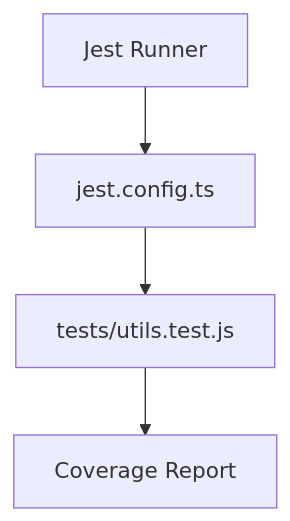
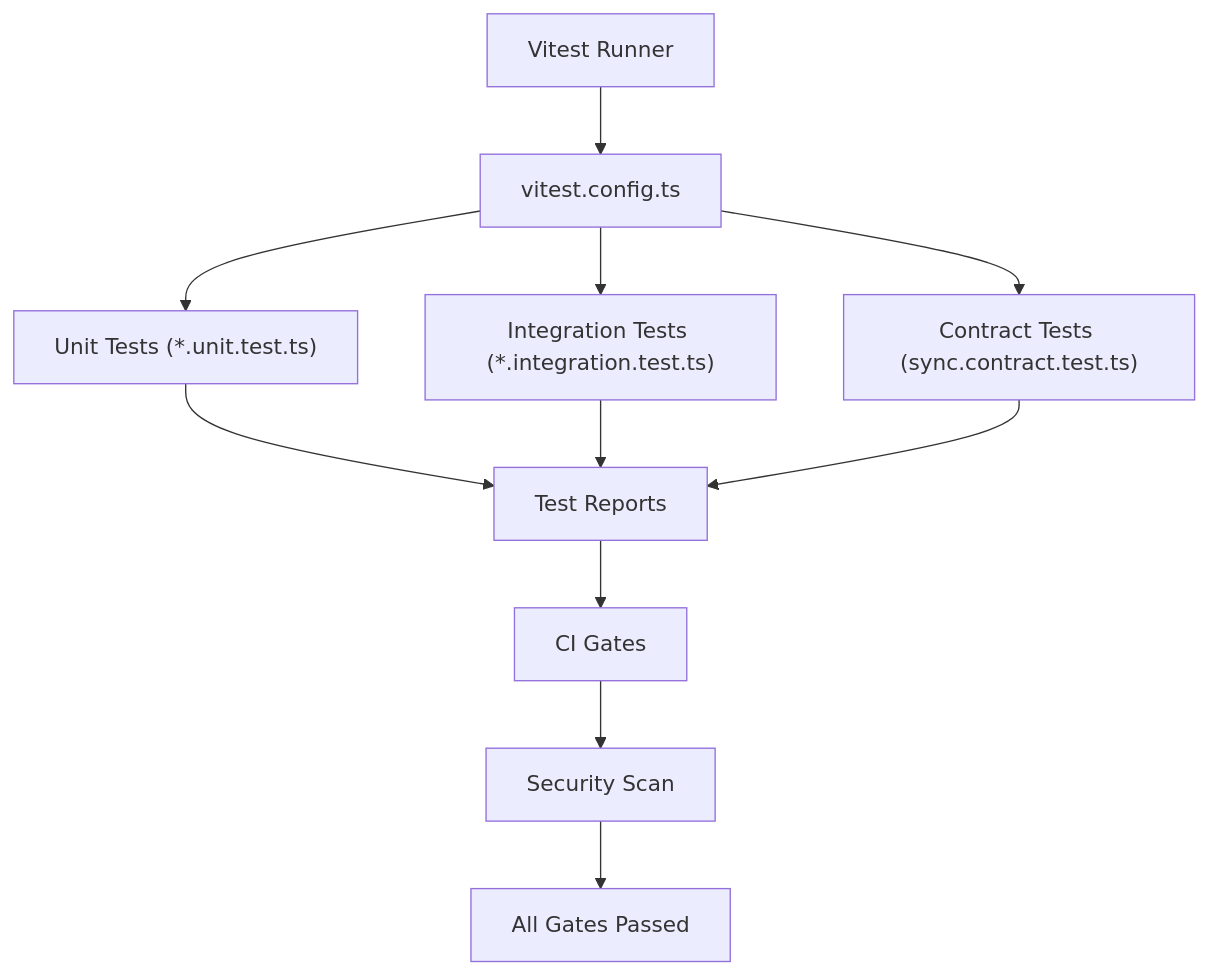
One commit to yosefdc7/PharmaPOS changed the ninth of 9 diagrams in .qoder/repowiki/en/content/Development Guide/Development Guide.md. Above: the diagram before and after it, drawn with Mermaid. The commit also changed other lines of this file and 28 other files, not shown here.

````diff
--- a/.qoder/repowiki/en/content/Development Guide/Development Guide.md
+++ b/.qoder/repowiki/en/content/Development Guide/Development Guide.md
@@ -269,6 +360,13 @@
 ```mermaid
 flowchart TD
-Jest["Jest Runner"] --> Cfg["jest.config.ts"]
-Cfg --> Tests["tests/utils.test.js"]
-Tests --> Report["Coverage Report"]
+Vitest["Vitest Runner"] --> Config["vitest.config.ts"]
+Config --> Unit["Unit Tests (*.unit.test.ts)"]
+Config --> Integration["Integration Tests (*.integration.test.ts)"]
+Config --> Contract["Contract Tests (sync.contract.test.ts)"]
+Unit --> Report["Test Reports"]
+Integration --> Report
+Contract --> Report
+Report --> CI["CI Gates"]
+CI --> Security["Security Scan"]
+Security --> Gates["All Gates Passed"]
 ```
````
